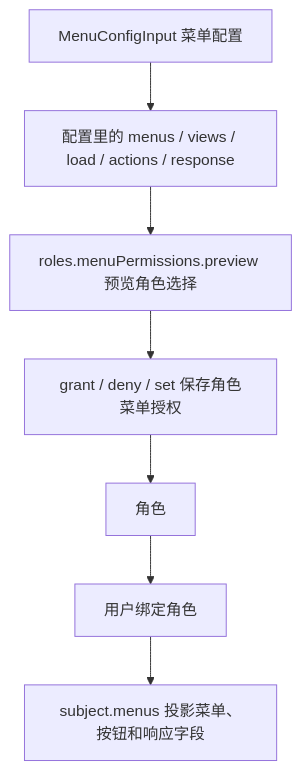
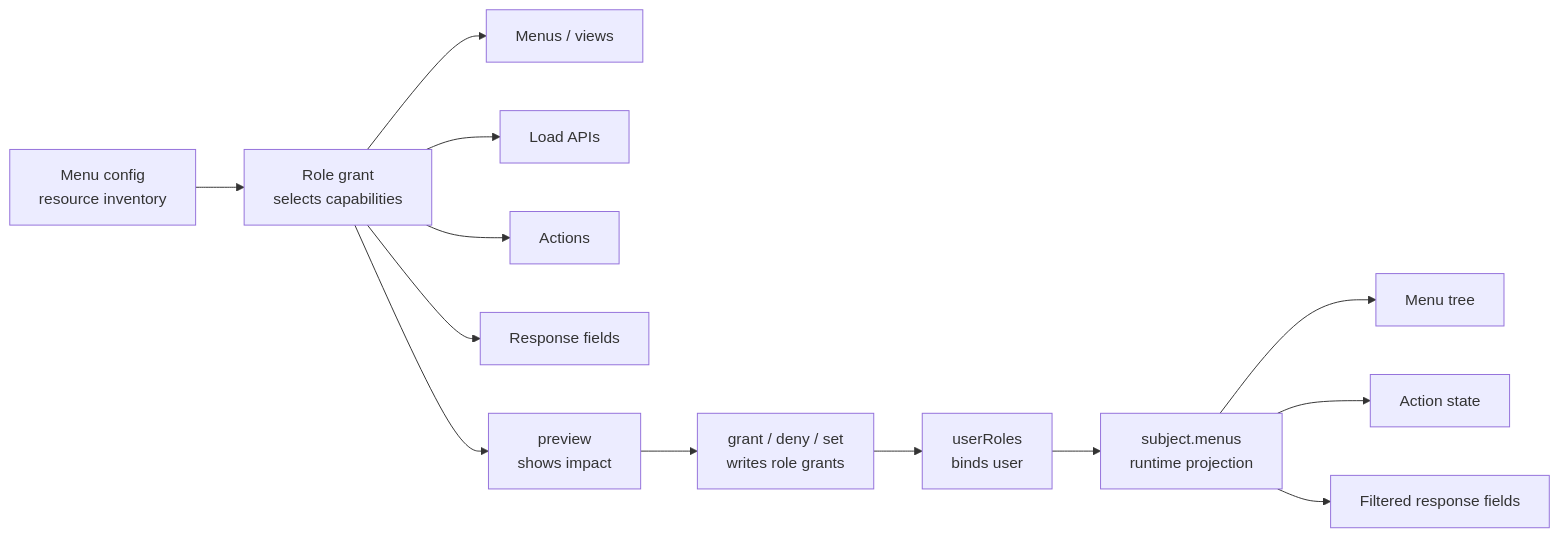
Before and after one commit to vextjs/permission-core: the diagram in website/docs/guide/role-menu-authorization.md, drawn with Mermaid. The commit also changed other lines of this file and 14 other files, not shown here.

````diff
--- a/website/docs/guide/role-menu-authorization.md
+++ b/website/docs/guide/role-menu-authorization.md
@@ -10,11 +25,17 @@
 ```mermaid
-flowchart TD
+flowchart LR
   accTitle: Role-menu authorization relationship
   accDescr: A saved menu config supplies grantable menus, views, APIs, actions, and response fields; role-menu grants and user-role bindings determine the subject runtime projection.
-  A["MenuConfigInput 菜单配置"] --> B["配置里的 menus / views / load / actions / response"]
-  B --> C["roles.menuPermissions.preview 预览角色选择"]
-  C --> D["grant / deny / set 保存角色菜单授权"]
-  D --> E["角色"]
-  E --> F["用户绑定角色"]
-  F --> G["subject.menus 投影菜单、按钮和响应字段"]
+  A["Menu config<br/>resource inventory"] --> B["Role grant<br/>selects capabilities"]
+  B --> B1["Menus / views"]
+  B --> B2["Load APIs"]
+  B --> B3["Actions"]
+  B --> B4["Response fields"]
+  B --> C["preview<br/>shows impact"]
+  C --> D["grant / deny / set<br/>writes role grants"]
+  D --> E["userRoles<br/>binds user"]
+  E --> F["subject.menus<br/>runtime projection"]
+  F --> F1["Menu tree"]
+  F --> F2["Action state"]
+  F --> F3["Filtered response fields"]
 ```
````
